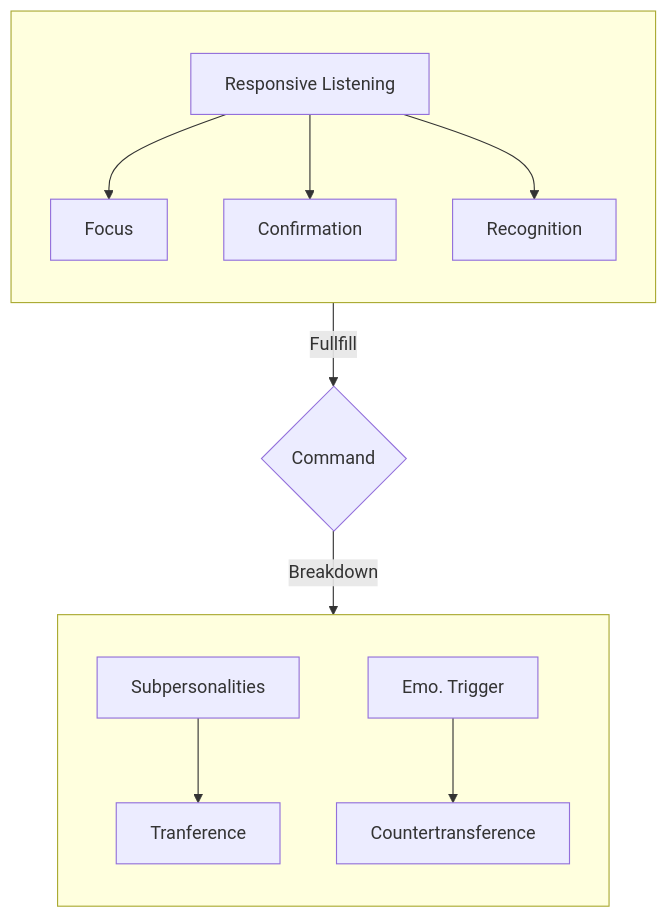
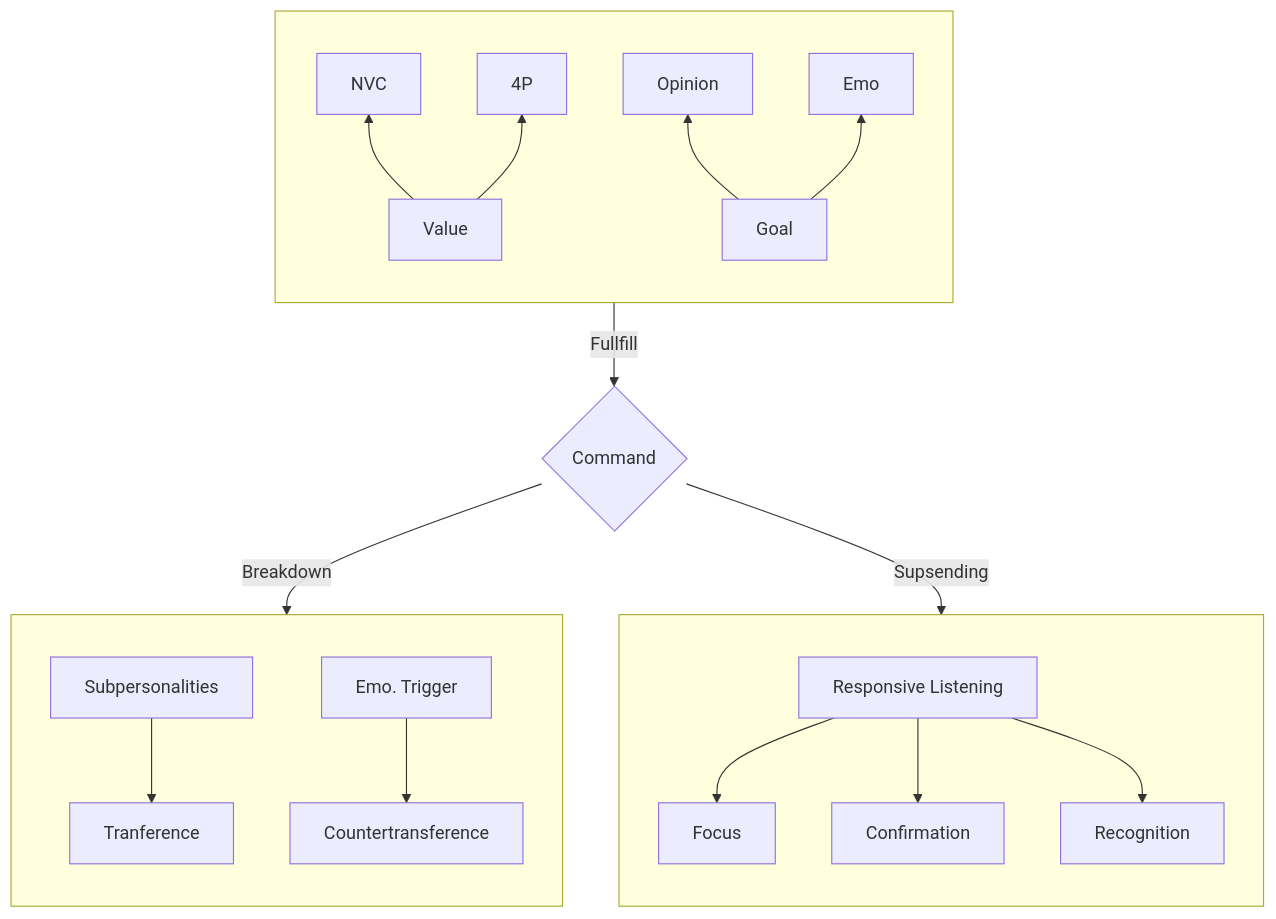
The second of 2 diagrams in docs/note-好好说话第一步：学会倾听.md (El25Aleph/_Aleph), drawn with Mermaid before and after one commit.

````diff
--- a/docs/note-好好说话第一步：学会倾听.md
+++ b/docs/note-好好说话第一步：学会倾听.md
@@ -262,20 +262,27 @@
 ```mermaid
 flowchart TD
 direction BT
 A{Command}
     
     subgraph 1[ ]
         direction TB
         Subpersonalities --> Tranference
         B["Emo. Trigger"] --> Countertransference
     end
 
     subgraph 2[ ]
         direction TB
         C["Responsive Listening"]
         C --> Focus & Confirmation & Recognition
     end
 
+    subgraph 3[ ]
+        direction BT
+        Value --> NVC & 4P
+        Goal --> Opinion & Emo
+    end
+
 A --Breakdown--> 1
-2 --Fullfill--> A
+A --Supsending--> 2
+3 --Fullfill--> A
 ```
````
